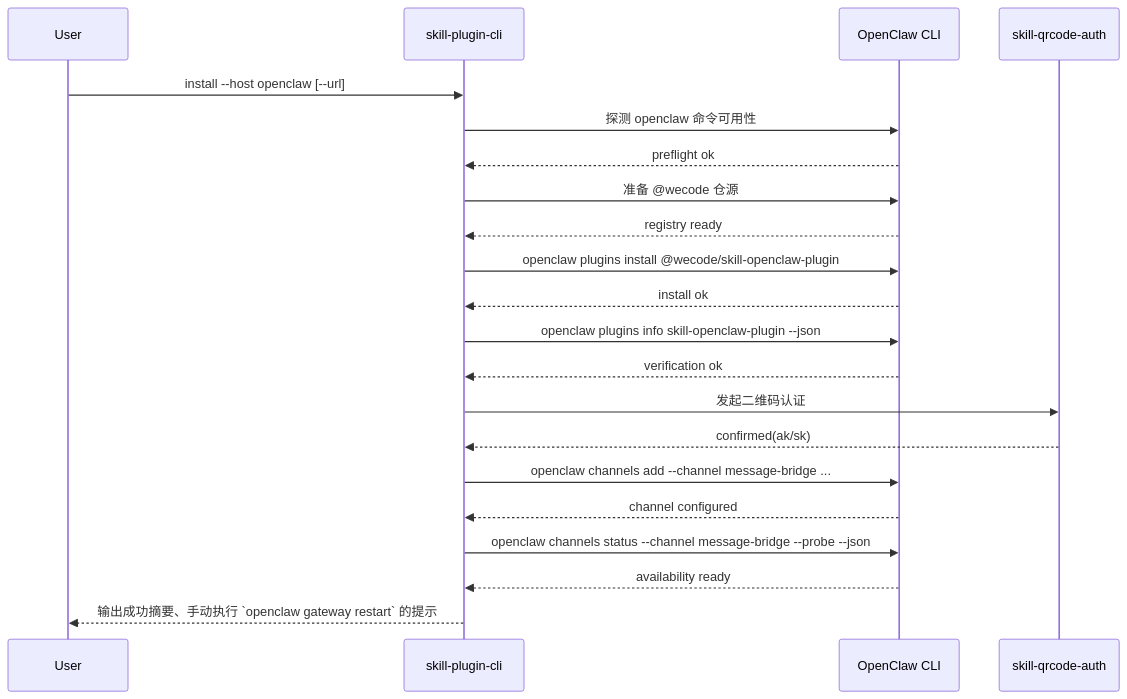
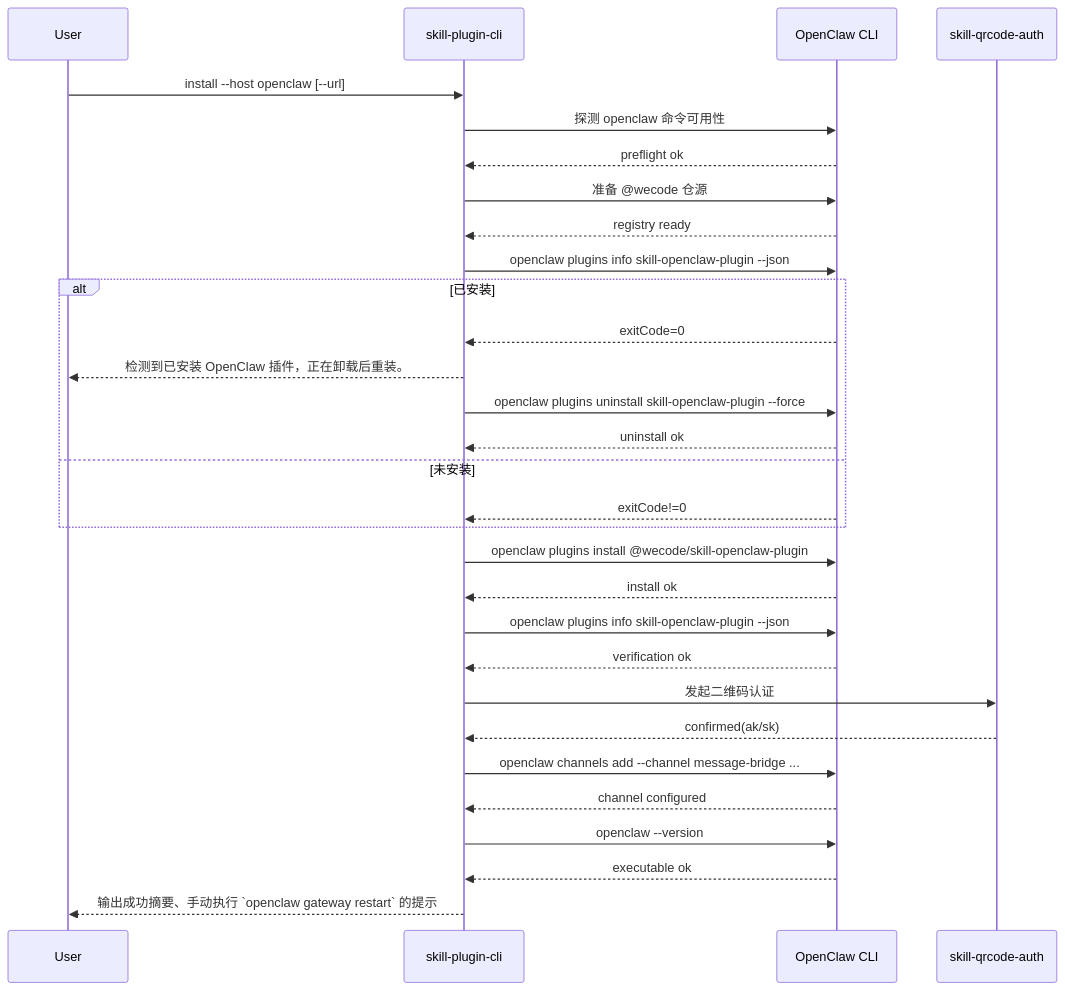
The fourth of 5 diagrams in docs/design/skill-plugin-cli-solution.md (yuzhangCZ/agent-plugin), drawn with Mermaid before and after one commit. The commit also changed other lines of this file and 29 other files, not shown here.

First line of the commit message:
feat(skill-plugin-cli): refine fallback install flow and openclaw cleanup (#85)

````diff
--- a/docs/design/skill-plugin-cli-solution.md
+++ b/docs/design/skill-plugin-cli-solution.md
@@ -609,24 +615,33 @@
 ```mermaid
 sequenceDiagram
   participant U as User
   participant CLI as skill-plugin-cli
   participant OC as OpenClaw CLI
   participant Auth as skill-qrcode-auth
 
   U->>CLI: install --host openclaw [--url]
   CLI->>OC: 探测 openclaw 命令可用性
   OC-->>CLI: preflight ok
   CLI->>OC: 准备 @wecode 仓源
   OC-->>CLI: registry ready
+  CLI->>OC: openclaw plugins info skill-openclaw-plugin --json
+  alt 已安装
+    OC-->>CLI: exitCode=0
+    CLI-->>U: 检测到已安装 OpenClaw 插件，正在卸载后重装。
+    CLI->>OC: openclaw plugins uninstall skill-openclaw-plugin --force
+    OC-->>CLI: uninstall ok
+  else 未安装
+    OC-->>CLI: exitCode!=0
+  end
   CLI->>OC: openclaw plugins install @wecode/skill-openclaw-plugin
   OC-->>CLI: install ok
   CLI->>OC: openclaw plugins info skill-openclaw-plugin --json
   OC-->>CLI: verification ok
   CLI->>Auth: 发起二维码认证
   Auth-->>CLI: confirmed(ak/sk)
   CLI->>OC: openclaw channels add --channel message-bridge ...
   OC-->>CLI: channel configured
-  CLI->>OC: openclaw channels status --channel message-bridge --probe --json
-  OC-->>CLI: availability ready
+  CLI->>OC: openclaw --version
+  OC-->>CLI: executable ok
   CLI-->>U: 输出成功摘要、手动执行 `openclaw gateway restart` 的提示
 ```
````
